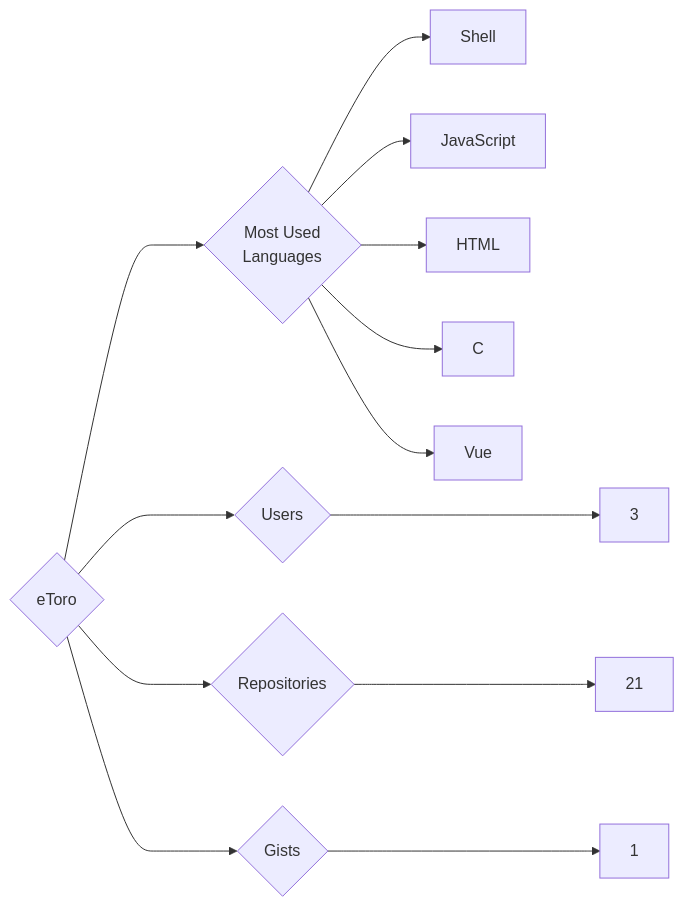
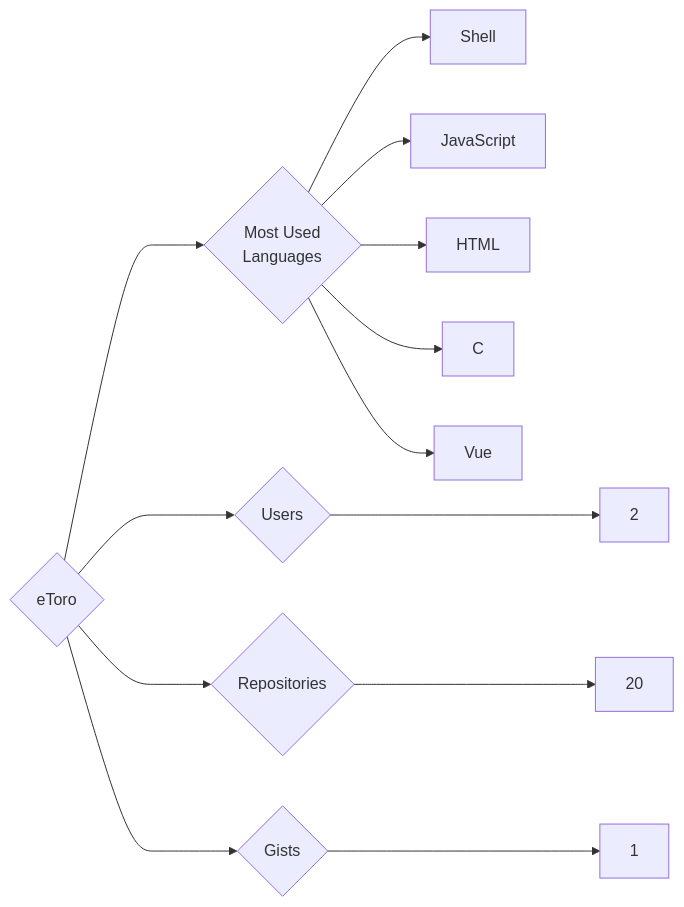
The diagram in targets/eToro/README.md (trickest/insiders), drawn with Mermaid before and after one commit. The commit also changed 985 other files, not shown here.

````diff
--- a/targets/eToro/README.md
+++ b/targets/eToro/README.md
@@ -3,13 +3,13 @@
 ```mermaid
 graph LR
 COMPANY_NAME{eToro}
-COMPANY_NAME ---> U{Users} ---> UN[3]
-COMPANY_NAME ---> R{Repositories} ---> RN[21]
+COMPANY_NAME ---> U{Users} ---> UN[2]
+COMPANY_NAME ---> R{Repositories} ---> RN[20]
 COMPANY_NAME ---> G{Gists} ---> GN[1]
 COMPANY_NAME ---> ML{Most Used<br>Languages}
 ML --> Shell[Shell]
 ML --> JavaScript[JavaScript]
 ML --> HTML[HTML]
 ML --> C[C]
 ML --> Vue[Vue]
 ```
````
